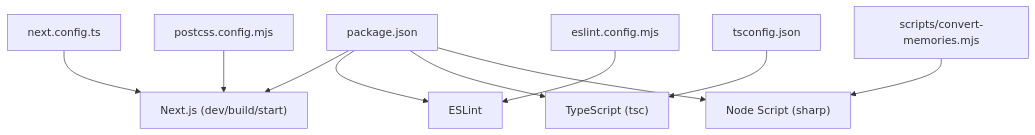
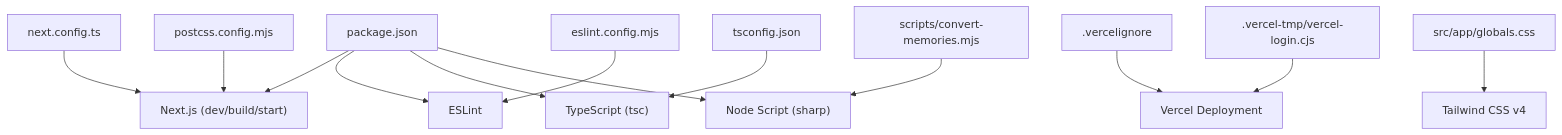
One commit to quangkiet1/anh-xin-loi changed the first of 4 diagrams in .qoder/repowiki/en/content/Implementation Guide/Build Tooling and Configuration.md. Above: the diagram before and after it, drawn with Mermaid. The commit also changed other lines of this file and 13 other files, not shown here.

````diff
--- a/.qoder/repowiki/en/content/Implementation Guide/Build Tooling and Configuration.md
+++ b/.qoder/repowiki/en/content/Implementation Guide/Build Tooling and Configuration.md
@@ -36,12 +49,15 @@
 ```mermaid
 graph TB
 A["package.json"] --> B["Next.js (dev/build/start)"]
 A --> C["ESLint"]
 A --> D["TypeScript (tsc)"]
 A --> E["Node Script (sharp)"]
 F["next.config.ts"] --> B
 G["tsconfig.json"] --> D
 H["eslint.config.mjs"] --> C
 I["postcss.config.mjs"] --> B
 J["scripts/convert-memories.mjs"] --> E
+K[".vercelignore"] --> L["Vercel Deployment"]
+M[".vercel-tmp/vercel-login.cjs"] --> L
+N["src/app/globals.css"] --> O["Tailwind CSS v4"]
 ```
````
